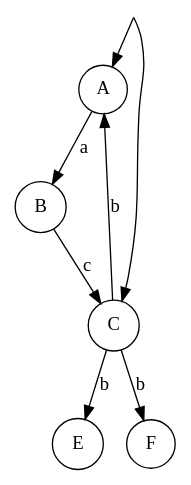
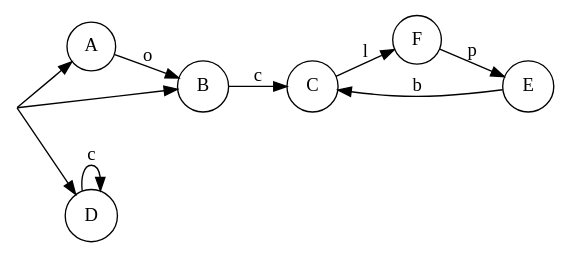
The diagram in output/test1.dot (AmineElBiydi/Automate), drawn with Graphviz before and after one commit. The commit also changed 4 other files, not shown here.

```diff
--- a/output/test1.dot
+++ b/output/test1.dot
@@ -1,12 +1,13 @@
 digraph Automate {
-    
+    rankdir=LR;
     node[shape=point, width=0];start;
-    node[shape=circle];A,B,C,E,F;
-    node[shape=doublecircle]E;
-    start -> A,C;
-    A->B [label="a"];
+    node[shape=circle]A,B,C,D,E,F;   
+    node[shape=doublecircle]E,C,F,D;
+    start->A,B,D;
+    A->B [label="o"];
     B->C [label="c"];
-    C->A [label="b"];
-    C->E [label="b"];
-    C->F [label="b"];
+    C->F [label="l"];
+    E->C [label="b"];
+    D->D [label="c"];
+    F->E [label="p"];
 }
```
